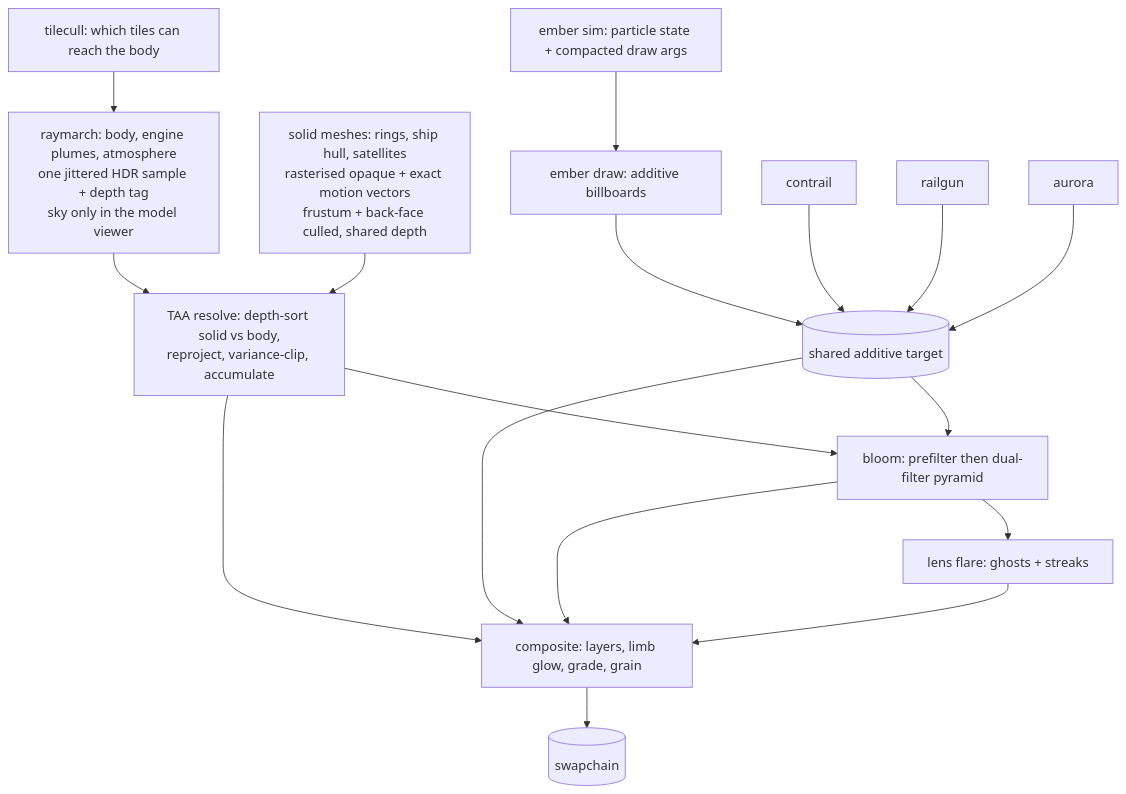
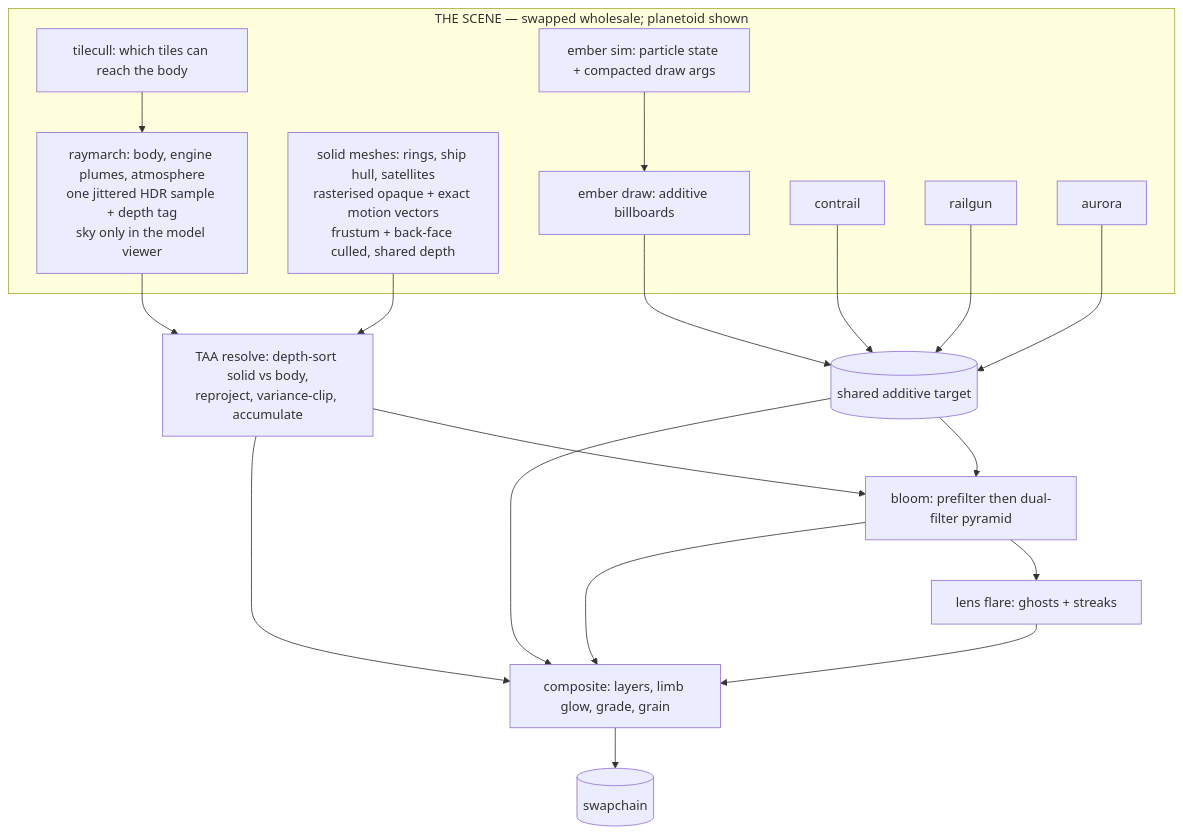
The diagram in ARCHITECTURE.md (xernobyl/potential-fishstick), drawn with Mermaid before and after one commit. The commit also changed other lines of this file and 1 other file, not shown here.

First line of the commit message:
docs: bring README and ARCHITECTURE back in line with the code

````diff
--- a/ARCHITECTURE.md
+++ b/ARCHITECTURE.md
@@ -89,20 +97,28 @@
 ```mermaid
 flowchart TD
-    tilecull[tilecull: which tiles can reach the body] --> raymarch
-    raymarch[raymarch: body, engine plumes, atmosphere<br/>one jittered HDR sample + depth tag<br/>sky only in the model viewer] --> taa
-    solid[solid meshes: rings, ship hull, satellites<br/>rasterised opaque + exact motion vectors<br/>frustum + back-face culled, shared depth] --> taa
+    subgraph world["THE SCENE — swapped wholesale; planetoid shown"]
+      tilecull[tilecull: which tiles can reach the body] --> raymarch
+      raymarch[raymarch: body, engine plumes, atmosphere<br/>one jittered HDR sample + depth tag<br/>sky only in the model viewer]
+      solid[solid meshes: rings, ship hull, satellites<br/>rasterised opaque + exact motion vectors<br/>frustum + back-face culled, shared depth]
+      sim[ember sim: particle state + compacted draw args] --> embers
+      embers[ember draw: additive billboards]
+      contrail[contrail]
+      railgun[railgun]
+      aurora[aurora]
+    end
+    raymarch --> taa
+    solid --> taa
+    embers --> additive
+    contrail --> additive
+    railgun --> additive
+    aurora --> additive
     taa[TAA resolve: depth-sort solid vs body,<br/>reproject, variance-clip, accumulate]
     taa --> bloom
     taa --> composite
-    sim[ember sim: particle state + compacted draw args] --> embers
-    embers[ember draw: additive billboards] --> additive
-    contrail[contrail] --> additive
-    railgun[railgun] --> additive
-    aurora[aurora] --> additive
     additive[(shared additive target)] --> bloom
     additive --> composite
     bloom[bloom: prefilter then dual-filter pyramid] --> flare
     bloom --> composite
     flare[lens flare: ghosts + streaks] --> composite
     composite[composite: layers, limb glow, grade, grain] --> swap[(swapchain)]
 ```
````
